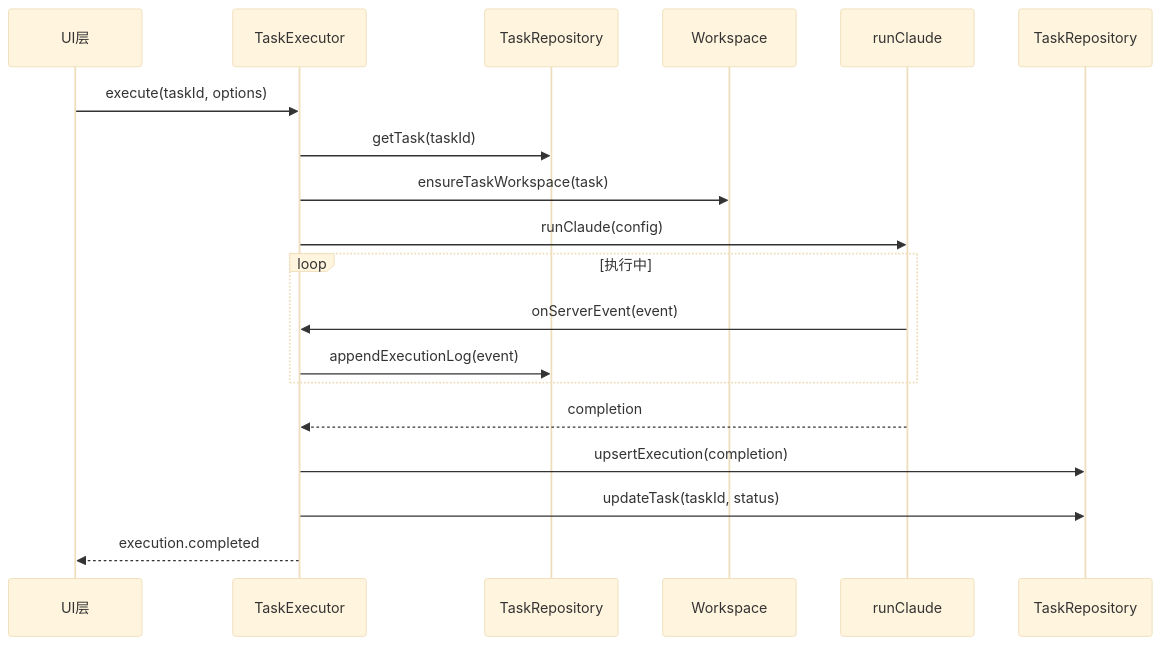
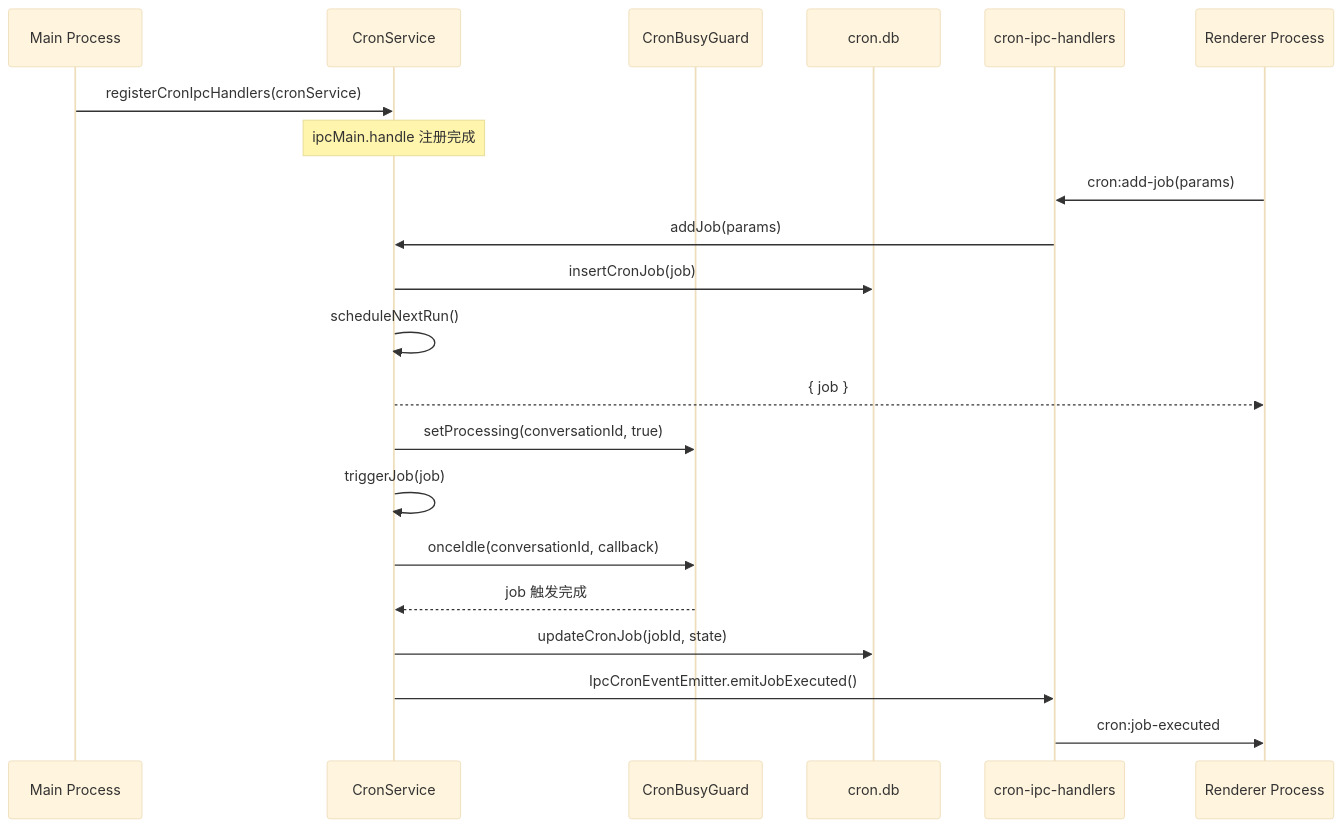
The second of 2 diagrams in .tech/repowiki/zh/content/核心模块规格/任务与调度系统总览.md (lst016/tech-cc-hub), drawn with Mermaid (base theme) before and after one commit. The commit also changed other lines of this file and 129 other files, not shown here.

````diff
--- a/.tech/repowiki/zh/content/核心模块规格/任务与调度系统总览.md
+++ b/.tech/repowiki/zh/content/核心模块规格/任务与调度系统总览.md
@@ -189,22 +136,25 @@
 ```mermaid
 sequenceDiagram
-    participant UI as UI层
-    participant EXE as TaskExecutor
-    participant REPO as TaskRepository
-    participant WORKSPACE as Workspace
-    participant RUNNER as runClaude
-    participant REPO2 as TaskRepository
+    participant Main as Main Process
+    participant CronSvc as CronService
+    participant Guard as CronBusyGuard
+    participant DB as cron.db
+    participant IPC as cron-ipc-handlers
+    participant Renderer as Renderer Process
 
-    UI->>EXE: execute(taskId, options)
-    EXE->>REPO: getTask(taskId)
-    EXE->>WORKSPACE: ensureTaskWorkspace(task)
-    EXE->>RUNNER: runClaude(config)
-    loop 执行中
-        RUNNER->>EXE: onServerEvent(event)
-        EXE->>REPO: appendExecutionLog(event)
-    end
-    RUNNER-->>EXE: completion
-    EXE->>REPO2: upsertExecution(completion)
-    EXE->>REPO2: updateTask(taskId, status)
-    EXE-->>UI: execution.completed
+    Main->>CronSvc: registerCronIpcHandlers(cronService)
+    Note over CronSvc: ipcMain.handle 注册完成
+    Renderer->>IPC: cron:add-job(params)
+    IPC->>CronSvc: addJob(params)
+    CronSvc->>DB: insertCronJob(job)
+    CronSvc->>CronSvc: scheduleNextRun()
+    CronSvc-->>Renderer: { job }
+
+    CronSvc->>Guard: setProcessing(conversationId, true)
+    CronSvc->>CronSvc: triggerJob(job)
+    CronSvc->>Guard: onceIdle(conversationId, callback)
+    Guard-->>CronSvc: job 触发完成
+    CronSvc->>DB: updateCronJob(jobId, state)
+    CronSvc->>IPC: IpcCronEventEmitter.emitJobExecuted()
+    IPC->>Renderer: cron:job-executed
 ```
````
